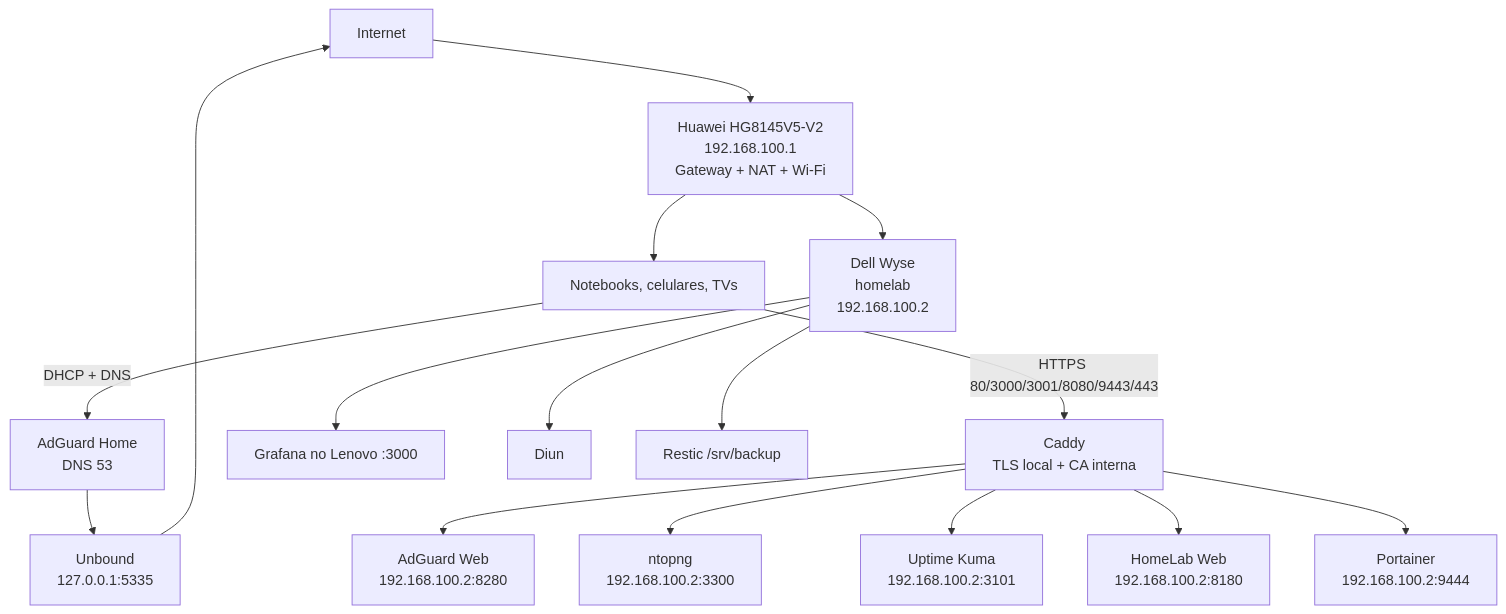
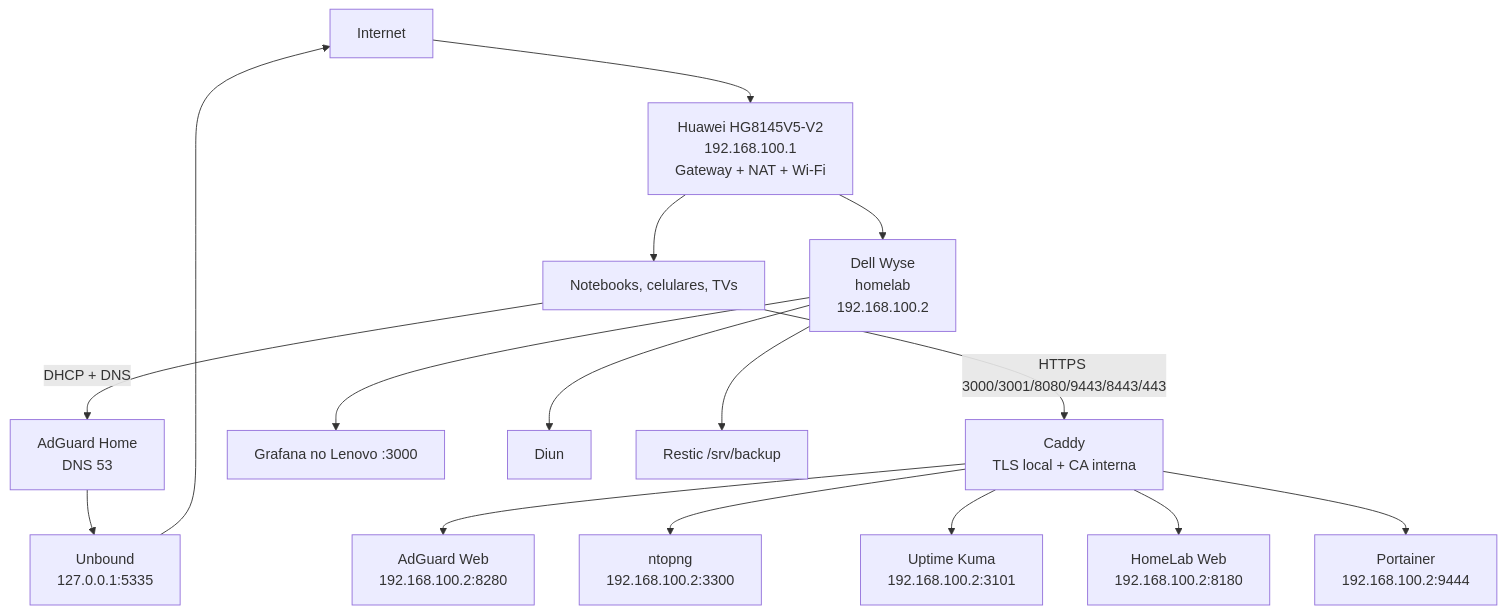
One commit to leonardodebs/homelab-infrastructure-server changed the diagram in README.md. Above: the diagram before and after it, drawn with Mermaid. The commit also changed other lines of this file and 3 other files, not shown here.

````diff
--- a/README.md
+++ b/README.md
@@ -58,18 +58,18 @@
 ```mermaid
 flowchart TD
     Internet --> Huawei[Huawei HG8145V5-V2\n192.168.100.1\nGateway + NAT + Wi-Fi]
     Huawei --> Wyse[Dell Wyse\nhomelab\n192.168.100.2]
     Huawei --> Clientes[Notebooks, celulares, TVs]
     Clientes -->|DHCP + DNS| AGH[AdGuard Home\nDNS 53]
     AGH --> Unbound[Unbound\n127.0.0.1:5335]
     Unbound --> Internet
-    Clientes -->|HTTPS 80/3000/3001/8080/9443/443| Caddy[Caddy\nTLS local + CA interna]
+    Clientes -->|HTTPS 3000/3001/8080/9443/8443/443| Caddy[Caddy\nTLS local + CA interna]
     Caddy --> AGH2[AdGuard Web\n192.168.100.2:8280]
     Caddy --> Ntop[ntopng\n192.168.100.2:3300]
     Caddy --> Kuma[Uptime Kuma\n192.168.100.2:3101]
     Caddy --> Portal[HomeLab Web\n192.168.100.2:8180]
     Caddy --> Portainer[Portainer\n192.168.100.2:9444]
     Wyse --> Grafana[Grafana no Lenovo :3000]
     Wyse --> Diun[Diun]
     Wyse --> Backup[Restic /srv/backup]
 ```
````
